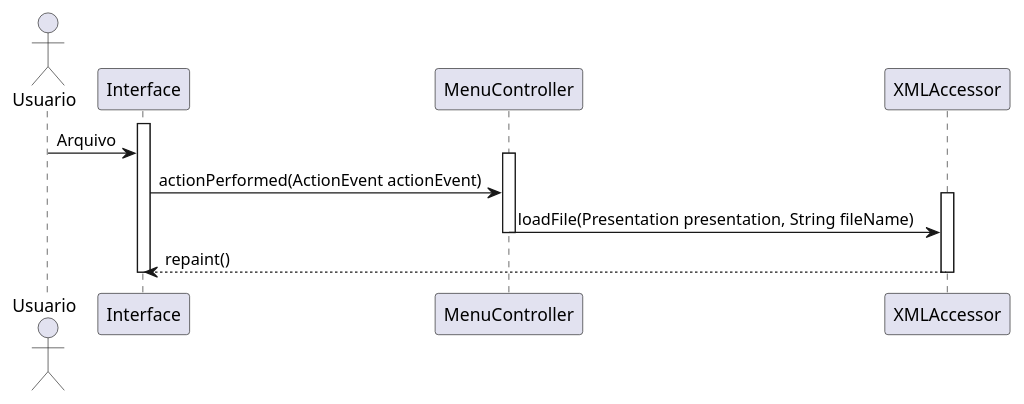
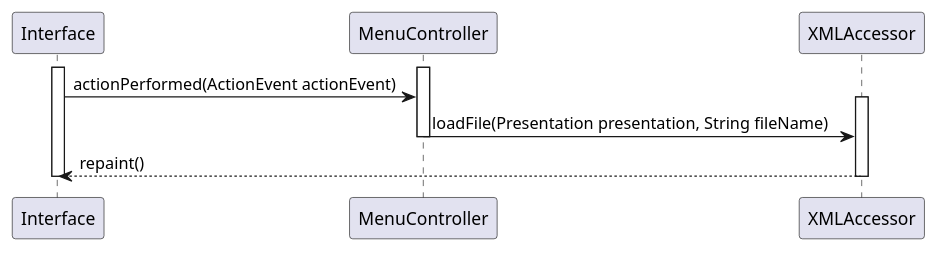
The diagram in sequencias/abrirArquivo.puml (gabrielrtlima/diagramas-padroes-projeto), drawn with PlantUML before and after one commit. The commit also changed 4 other files, not shown here.

Commit message:
tirand o ator do diagrama de sequencia

```diff
--- a/sequencias/abrirArquivo.puml
+++ b/sequencias/abrirArquivo.puml
@@ -1,19 +1,16 @@
 @startuml
 
-Actor Usuario as Usuario
 
 Activate Interface
-Usuario -> Interface : Arquivo
-
 Activate MenuController
 Interface -> MenuController : actionPerformed(ActionEvent actionEvent)
 
 Activate XMLAccessor
 MenuController -> XMLAccessor : loadFile(Presentation presentation, String fileName)
 Deactivate MenuController
 
 XMLAccessor --> Interface : repaint()
 Deactivate XMLAccessor
 Deactivate Interface
 
 @enduml
```
